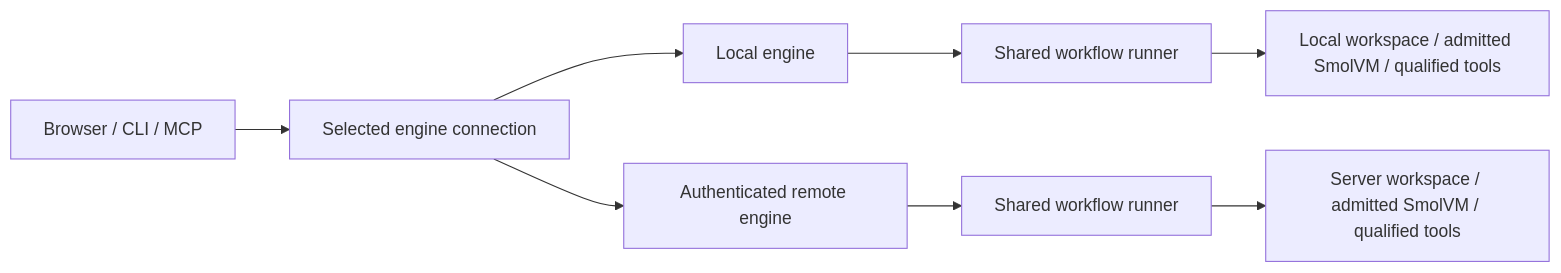
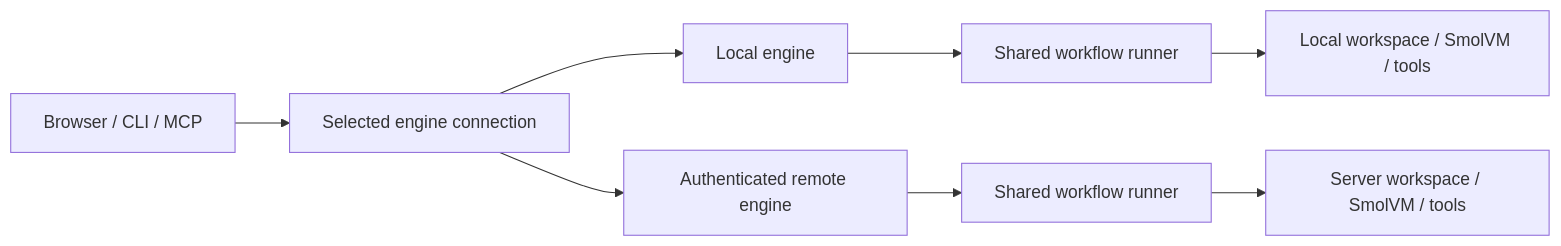
The first of 2 diagrams in docs/src/content/docs/architecture.md (0sec-labs/0), drawn with Mermaid before and after one commit. The commit also changed other lines of this file and 84 other files, not shown here.

````diff
--- a/docs/src/content/docs/architecture.md
+++ b/docs/src/content/docs/architecture.md
@@ -157,10 +63,10 @@
 ```mermaid
 flowchart LR
   UI[Browser / CLI / MCP] --> Connection[Selected engine connection]
   Connection --> Local[Local engine]
   Connection --> Remote[Authenticated remote engine]
   Local --> LocalRunner[Shared workflow runner]
   Remote --> RemoteRunner[Shared workflow runner]
-  LocalRunner --> LocalTools[Local workspace / admitted SmolVM / qualified tools]
-  RemoteRunner --> RemoteTools[Server workspace / admitted SmolVM / qualified tools]
+  LocalRunner --> LocalTools[Local workspace / SmolVM / tools]
+  RemoteRunner --> RemoteTools[Server workspace / SmolVM / tools]
 ```
````
